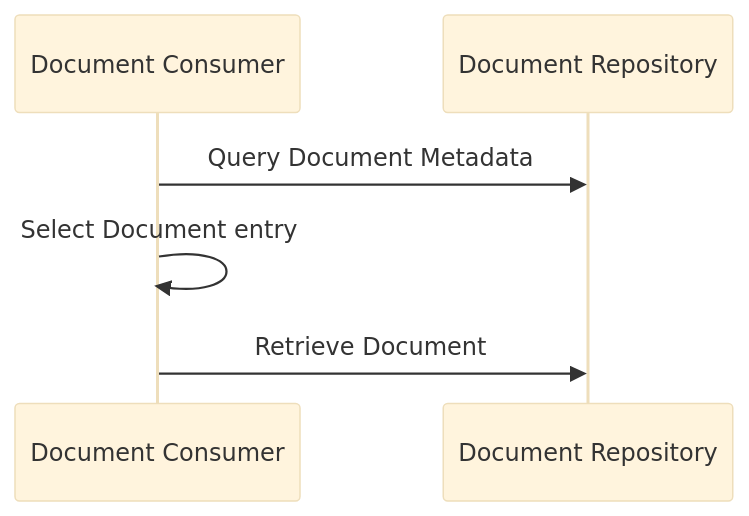
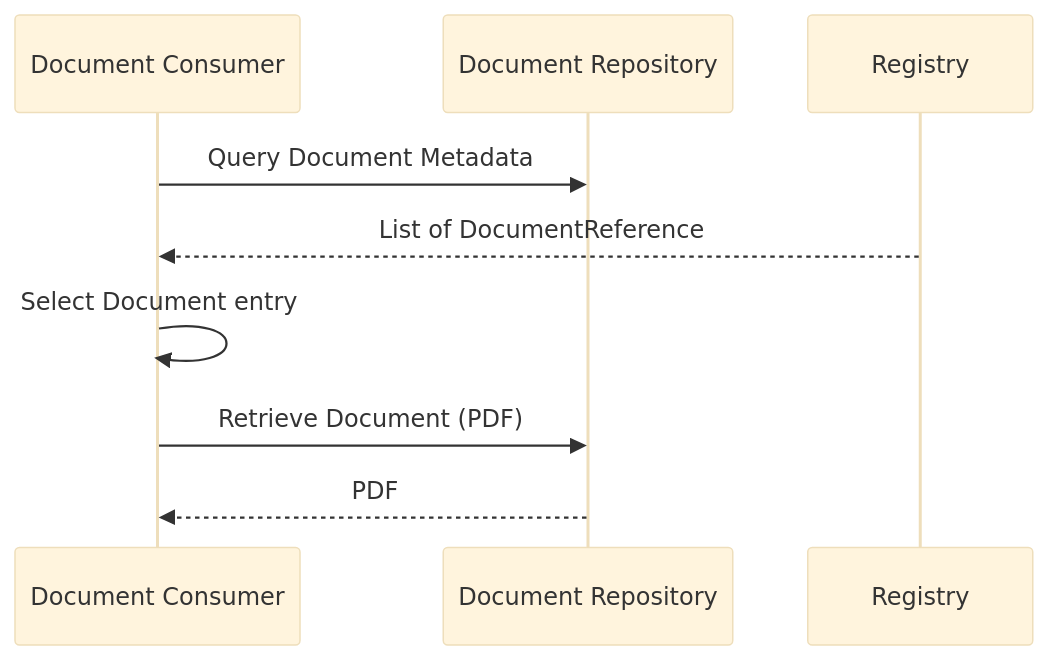
The first of 6 diagrams in input/pagecontent/report-options.md (uk-gov-mirror/nw-gmsa.nw-gmsa.github.com), drawn with Mermaid (base theme) before and after one commit. The commit also changed other lines of this file, not shown here.

````diff
--- a/input/pagecontent/report-options.md
+++ b/input/pagecontent/report-options.md
@@ -9,9 +9,11 @@
 ```mermaid
 sequenceDiagram
     participant Consumer As Document Consumer
     participant Repository As Document Repository
 
     Consumer ->> Repository: Query Document Metadata
+    Registry -->> Consumer: List of DocumentReference
     Consumer ->> Consumer: Select Document entry
-    Consumer ->> Repository: Retrieve Document
+    Consumer ->> Repository: Retrieve Document (PDF)
+    Repository -->> Consumer: PDF
 ```
````
